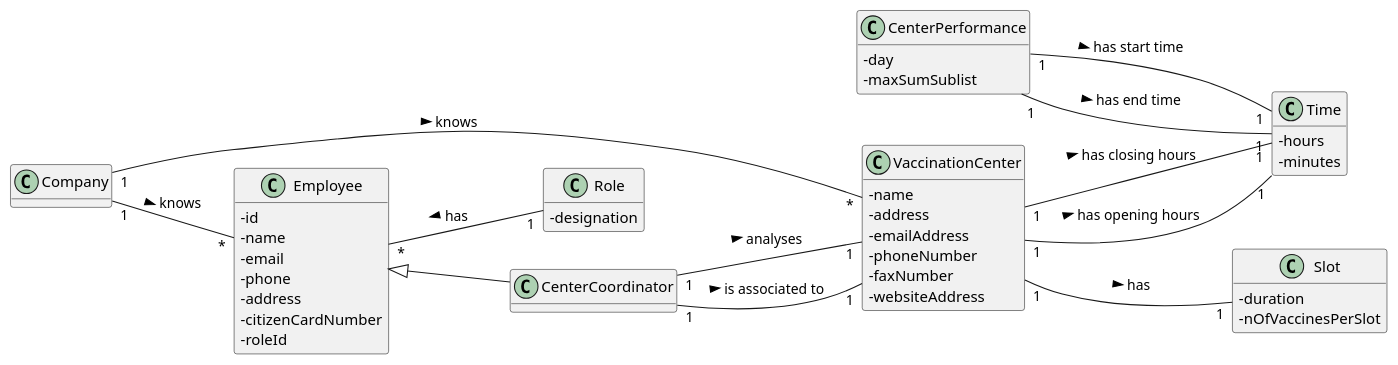
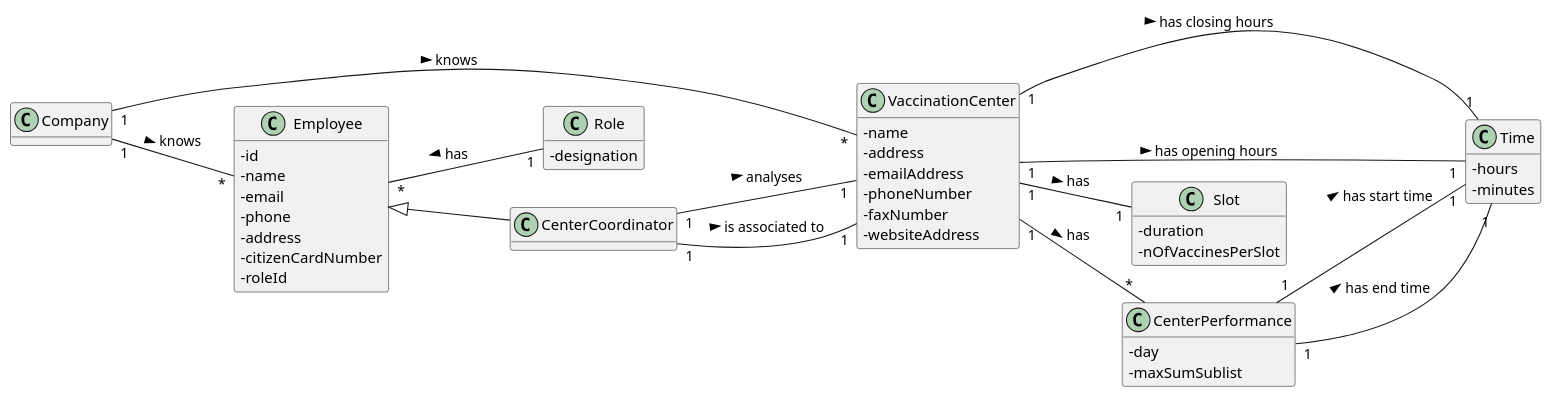
One commit to miseEnPlace-i/lapr2 changed the diagram in docs/SprintD/US16/DM/US16_DM.puml. Above: the diagram before and after it, drawn with PlantUML. The commit also changed 10 other files, not shown here.

```diff
--- a/docs/SprintD/US16/DM/US16_DM.puml
+++ b/docs/SprintD/US16/DM/US16_DM.puml
@@ -1,66 +1,68 @@
 @startuml
 hide methods
 left to right direction
 skinparam classAttributeIconSize 0
 
 class VaccinationCenter {
   - name
   - address
   - emailAddress
   - phoneNumber
   - faxNumber
   - websiteAddress
 }
 
 class Time {
   - hours
   - minutes
 }
 
 class Slot {
   -duration
   -nOfVaccinesPerSlot
 }
 
 class Employee {
   -id
   -name
   -email
   -phone
   -address
   -citizenCardNumber
   -roleId
 }
 
 class CenterPerformance {
   - day
   - maxSumSublist
 }
 
 class Role {
   -designation
 }
 
 class Company {}
 
 class CenterCoordinator {}
 
 
 VaccinationCenter "1" -- "1" Time : has closing hours >
 VaccinationCenter "1" -- "1" Time : has opening hours >
 
 CenterPerformance "1" -- "1" Time : has start time >
 CenterPerformance "1" -- "1" Time : has end time >
 
 VaccinationCenter "1" -- "1" Slot : has >
 
 Employee <|-- CenterCoordinator
 Employee "*" -- "1" Role : has <
 
 Company "1" -- "*" Employee : knows >
 Company "1" -- "*" VaccinationCenter : knows >
 
+VaccinationCenter "1" -- "*" CenterPerformance : has >
+
 CenterCoordinator "1" -- "1" VaccinationCenter : analyses >
 CenterCoordinator "1" -- "1" VaccinationCenter : is associated to >
 
 @enduml
```
